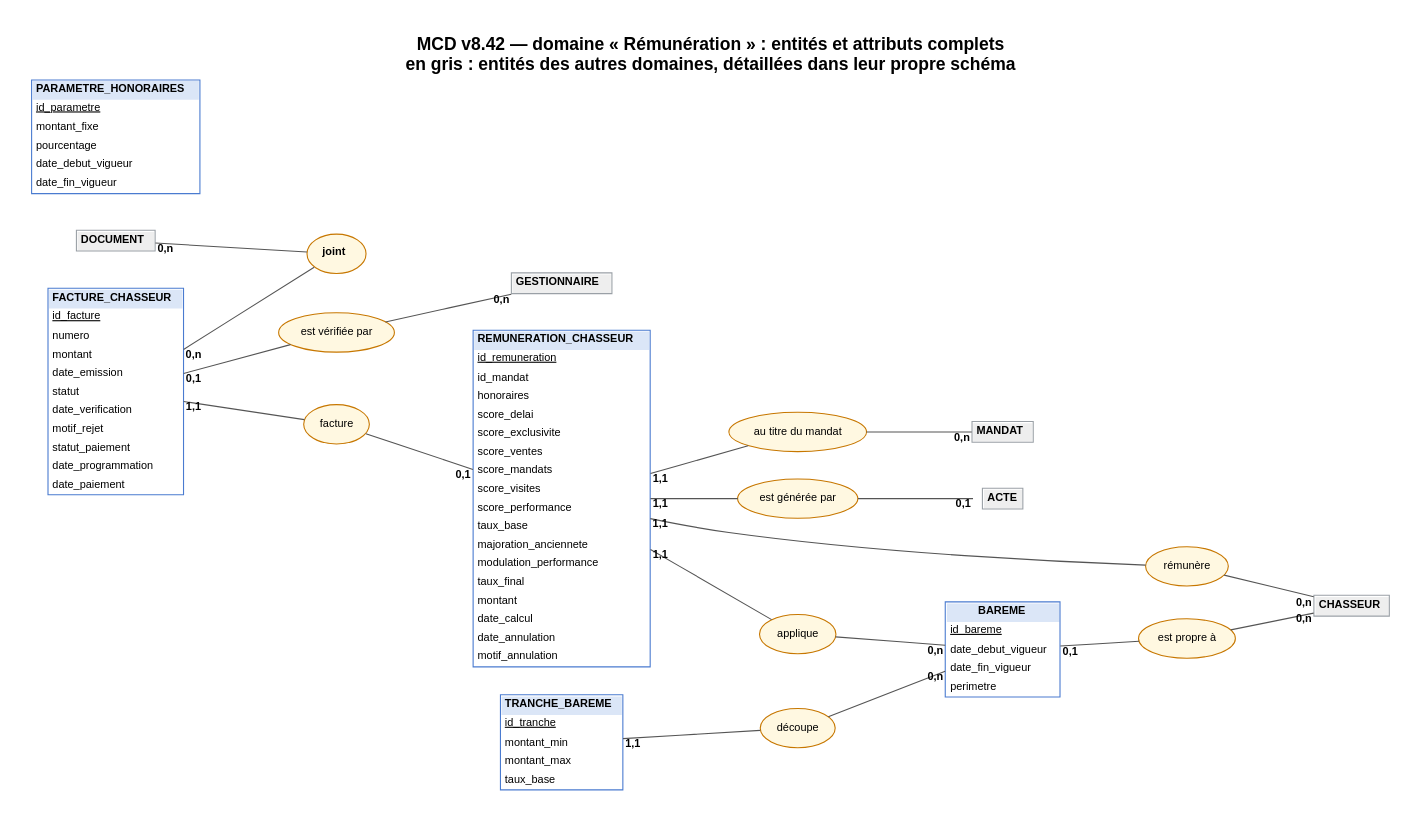
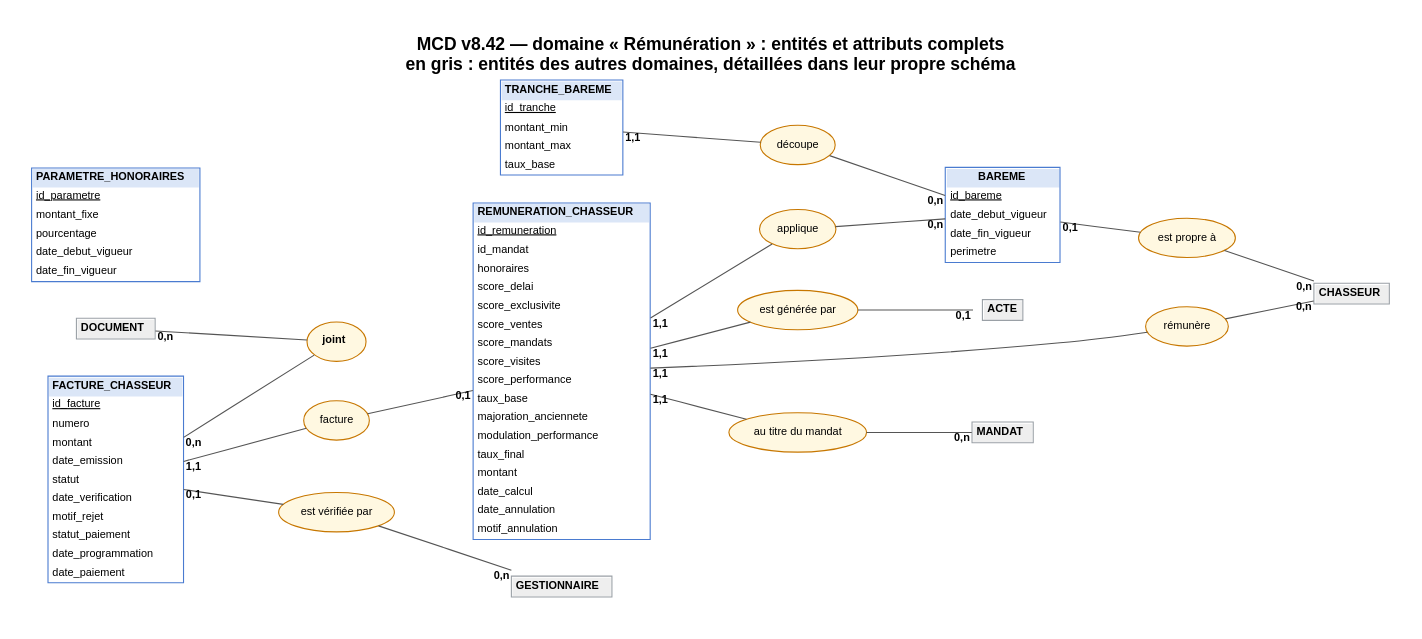
Before and after one commit to Fil-Rouge-Big-Data/Fil-Rouge-EISI-Data-IA-26-D04-StarterPack: the diagram in livrables/documentation/merise/sources/mcd-remuneration.dot, drawn with Graphviz. The commit also changed other lines of this file and 14 other files, not shown here.

```diff
--- a/livrables/documentation/merise/sources/mcd-remuneration.dot
+++ b/livrables/documentation/merise/sources/mcd-remuneration.dot
@@ -1,43 +1,43 @@
 // GÉNÉRÉ par generer_mcd.py depuis livrables/db/01_ddl.sql : ne pas modifier à la main.
 graph MCD {
   graph [label="MCD v8.42 — domaine « Rémunération » : entités et attributs complets\nen gris : entités des autres domaines, détaillées dans leur propre schéma", labelloc=t, fontname="Helvetica-Bold", fontsize=16, pad=0.3, splines=true, rankdir=LR, nodesep=0.35, ranksep=1.0];
   node [fontname="Helvetica", fontsize=10];
   edge [fontname="Helvetica-Bold", fontsize=10, color="#555555"];
+  remuneration_chasseur [shape=none, margin=0, label=<<TABLE BORDER="1" CELLBORDER="0" CELLSPACING="0" CELLPADDING="3" COLOR="#4a7bd0"><TR><TD BGCOLOR="#dbe6f7"><B>REMUNERATION_CHASSEUR</B></TD></TR><TR><TD ALIGN="LEFT"><U>id_remuneration</U></TD></TR><TR><TD ALIGN="LEFT">id_mandat</TD></TR><TR><TD ALIGN="LEFT">honoraires</TD></TR><TR><TD ALIGN="LEFT">score_delai</TD></TR><TR><TD ALIGN="LEFT">score_exclusivite</TD></TR><TR><TD ALIGN="LEFT">score_ventes</TD></TR><TR><TD ALIGN="LEFT">score_mandats</TD></TR><TR><TD ALIGN="LEFT">score_visites</TD></TR><TR><TD ALIGN="LEFT">score_performance</TD></TR><TR><TD ALIGN="LEFT">taux_base</TD></TR><TR><TD ALIGN="LEFT">majoration_anciennete</TD></TR><TR><TD ALIGN="LEFT">modulation_performance</TD></TR><TR><TD ALIGN="LEFT">taux_final</TD></TR><TR><TD ALIGN="LEFT">montant</TD></TR><TR><TD ALIGN="LEFT">date_calcul</TD></TR><TR><TD ALIGN="LEFT">date_annulation</TD></TR><TR><TD ALIGN="LEFT">motif_annulation</TD></TR></TABLE>>];
+  parametre_honoraires [shape=none, margin=0, label=<<TABLE BORDER="1" CELLBORDER="0" CELLSPACING="0" CELLPADDING="3" COLOR="#4a7bd0"><TR><TD BGCOLOR="#dbe6f7"><B>PARAMETRE_HONORAIRES</B></TD></TR><TR><TD ALIGN="LEFT"><U>id_parametre</U></TD></TR><TR><TD ALIGN="LEFT">montant_fixe</TD></TR><TR><TD ALIGN="LEFT">pourcentage</TD></TR><TR><TD ALIGN="LEFT">date_debut_vigueur</TD></TR><TR><TD ALIGN="LEFT">date_fin_vigueur</TD></TR></TABLE>>];
   bareme [shape=none, margin=0, label=<<TABLE BORDER="1" CELLBORDER="0" CELLSPACING="0" CELLPADDING="3" COLOR="#4a7bd0"><TR><TD BGCOLOR="#dbe6f7"><B>BAREME</B></TD></TR><TR><TD ALIGN="LEFT"><U>id_bareme</U></TD></TR><TR><TD ALIGN="LEFT">date_debut_vigueur</TD></TR><TR><TD ALIGN="LEFT">date_fin_vigueur</TD></TR><TR><TD ALIGN="LEFT">perimetre</TD></TR></TABLE>>];
+  facture_chasseur [shape=none, margin=0, label=<<TABLE BORDER="1" CELLBORDER="0" CELLSPACING="0" CELLPADDING="3" COLOR="#4a7bd0"><TR><TD BGCOLOR="#dbe6f7"><B>FACTURE_CHASSEUR</B></TD></TR><TR><TD ALIGN="LEFT"><U>id_facture</U></TD></TR><TR><TD ALIGN="LEFT">numero</TD></TR><TR><TD ALIGN="LEFT">montant</TD></TR><TR><TD ALIGN="LEFT">date_emission</TD></TR><TR><TD ALIGN="LEFT">statut</TD></TR><TR><TD ALIGN="LEFT">date_verification</TD></TR><TR><TD ALIGN="LEFT">motif_rejet</TD></TR><TR><TD ALIGN="LEFT">statut_paiement</TD></TR><TR><TD ALIGN="LEFT">date_programmation</TD></TR><TR><TD ALIGN="LEFT">date_paiement</TD></TR></TABLE>>];
   tranche_bareme [shape=none, margin=0, label=<<TABLE BORDER="1" CELLBORDER="0" CELLSPACING="0" CELLPADDING="3" COLOR="#4a7bd0"><TR><TD BGCOLOR="#dbe6f7"><B>TRANCHE_BAREME</B></TD></TR><TR><TD ALIGN="LEFT"><U>id_tranche</U></TD></TR><TR><TD ALIGN="LEFT">montant_min</TD></TR><TR><TD ALIGN="LEFT">montant_max</TD></TR><TR><TD ALIGN="LEFT">taux_base</TD></TR></TABLE>>];
-  remuneration_chasseur [shape=none, margin=0, label=<<TABLE BORDER="1" CELLBORDER="0" CELLSPACING="0" CELLPADDING="3" COLOR="#4a7bd0"><TR><TD BGCOLOR="#dbe6f7"><B>REMUNERATION_CHASSEUR</B></TD></TR><TR><TD ALIGN="LEFT"><U>id_remuneration</U></TD></TR><TR><TD ALIGN="LEFT">id_mandat</TD></TR><TR><TD ALIGN="LEFT">honoraires</TD></TR><TR><TD ALIGN="LEFT">score_delai</TD></TR><TR><TD ALIGN="LEFT">score_exclusivite</TD></TR><TR><TD ALIGN="LEFT">score_ventes</TD></TR><TR><TD ALIGN="LEFT">score_mandats</TD></TR><TR><TD ALIGN="LEFT">score_visites</TD></TR><TR><TD ALIGN="LEFT">score_performance</TD></TR><TR><TD ALIGN="LEFT">taux_base</TD></TR><TR><TD ALIGN="LEFT">majoration_anciennete</TD></TR><TR><TD ALIGN="LEFT">modulation_performance</TD></TR><TR><TD ALIGN="LEFT">taux_final</TD></TR><TR><TD ALIGN="LEFT">montant</TD></TR><TR><TD ALIGN="LEFT">date_calcul</TD></TR><TR><TD ALIGN="LEFT">date_annulation</TD></TR><TR><TD ALIGN="LEFT">motif_annulation</TD></TR></TABLE>>];
-  facture_chasseur [shape=none, margin=0, label=<<TABLE BORDER="1" CELLBORDER="0" CELLSPACING="0" CELLPADDING="3" COLOR="#4a7bd0"><TR><TD BGCOLOR="#dbe6f7"><B>FACTURE_CHASSEUR</B></TD></TR><TR><TD ALIGN="LEFT"><U>id_facture</U></TD></TR><TR><TD ALIGN="LEFT">numero</TD></TR><TR><TD ALIGN="LEFT">montant</TD></TR><TR><TD ALIGN="LEFT">date_emission</TD></TR><TR><TD ALIGN="LEFT">statut</TD></TR><TR><TD ALIGN="LEFT">date_verification</TD></TR><TR><TD ALIGN="LEFT">motif_rejet</TD></TR><TR><TD ALIGN="LEFT">statut_paiement</TD></TR><TR><TD ALIGN="LEFT">date_programmation</TD></TR><TR><TD ALIGN="LEFT">date_paiement</TD></TR></TABLE>>];
-  parametre_honoraires [shape=none, margin=0, label=<<TABLE BORDER="1" CELLBORDER="0" CELLSPACING="0" CELLPADDING="3" COLOR="#4a7bd0"><TR><TD BGCOLOR="#dbe6f7"><B>PARAMETRE_HONORAIRES</B></TD></TR><TR><TD ALIGN="LEFT"><U>id_parametre</U></TD></TR><TR><TD ALIGN="LEFT">montant_fixe</TD></TR><TR><TD ALIGN="LEFT">pourcentage</TD></TR><TR><TD ALIGN="LEFT">date_debut_vigueur</TD></TR><TR><TD ALIGN="LEFT">date_fin_vigueur</TD></TR></TABLE>>];
   acte [shape=none, margin=0, label=<<TABLE BORDER="1" CELLBORDER="0" CELLSPACING="0" CELLPADDING="3" COLOR="#9aa0a6"><TR><TD BGCOLOR="#eeeeee"><B>ACTE</B></TD></TR></TABLE>>];
   chasseur [shape=none, margin=0, label=<<TABLE BORDER="1" CELLBORDER="0" CELLSPACING="0" CELLPADDING="3" COLOR="#9aa0a6"><TR><TD BGCOLOR="#eeeeee"><B>CHASSEUR</B></TD></TR></TABLE>>];
   document [shape=none, margin=0, label=<<TABLE BORDER="1" CELLBORDER="0" CELLSPACING="0" CELLPADDING="3" COLOR="#9aa0a6"><TR><TD BGCOLOR="#eeeeee"><B>DOCUMENT</B></TD></TR></TABLE>>];
   gestionnaire [shape=none, margin=0, label=<<TABLE BORDER="1" CELLBORDER="0" CELLSPACING="0" CELLPADDING="3" COLOR="#9aa0a6"><TR><TD BGCOLOR="#eeeeee"><B>GESTIONNAIRE</B></TD></TR></TABLE>>];
   mandat [shape=none, margin=0, label=<<TABLE BORDER="1" CELLBORDER="0" CELLSPACING="0" CELLPADDING="3" COLOR="#9aa0a6"><TR><TD BGCOLOR="#eeeeee"><B>MANDAT</B></TD></TR></TABLE>>];
   facture_document [shape=ellipse, style=filled, fillcolor="#fff8e1", color="#c77700", label=<<B>joint</B>>];
   a37 [shape=ellipse, style=filled, fillcolor="#fff8e1", color="#c77700", label="est propre à"];
   a38 [shape=ellipse, style=filled, fillcolor="#fff8e1", color="#c77700", label="découpe"];
   a39 [shape=ellipse, style=filled, fillcolor="#fff8e1", color="#c77700", label="est générée par"];
   a40 [shape=ellipse, style=filled, fillcolor="#fff8e1", color="#c77700", label="rémunère"];
   a41 [shape=ellipse, style=filled, fillcolor="#fff8e1", color="#c77700", label="applique"];
   a42 [shape=ellipse, style=filled, fillcolor="#fff8e1", color="#c77700", label="au titre du mandat"];
   a43 [shape=ellipse, style=filled, fillcolor="#fff8e1", color="#c77700", label="facture"];
   a44 [shape=ellipse, style=filled, fillcolor="#fff8e1", color="#c77700", label="est vérifiée par"];
   facture_chasseur -- facture_document [taillabel="0,n"];
   document -- facture_document [taillabel="0,n"];
   bareme -- a37 [taillabel="0,1"];
   a37 -- chasseur [headlabel="0,n"];
   tranche_bareme -- a38 [taillabel="1,1"];
   a38 -- bareme [headlabel="0,n"];
   remuneration_chasseur -- a39 [taillabel="1,1"];
   a39 -- acte [headlabel="0,1"];
   remuneration_chasseur -- a40 [taillabel="1,1"];
   a40 -- chasseur [headlabel="0,n"];
   remuneration_chasseur -- a41 [taillabel="1,1"];
   a41 -- bareme [headlabel="0,n"];
   remuneration_chasseur -- a42 [taillabel="1,1"];
   a42 -- mandat [headlabel="0,n"];
   facture_chasseur -- a43 [taillabel="1,1"];
   a43 -- remuneration_chasseur [headlabel="0,1"];
   facture_chasseur -- a44 [taillabel="0,1"];
   a44 -- gestionnaire [headlabel="0,n"];
 }
```
